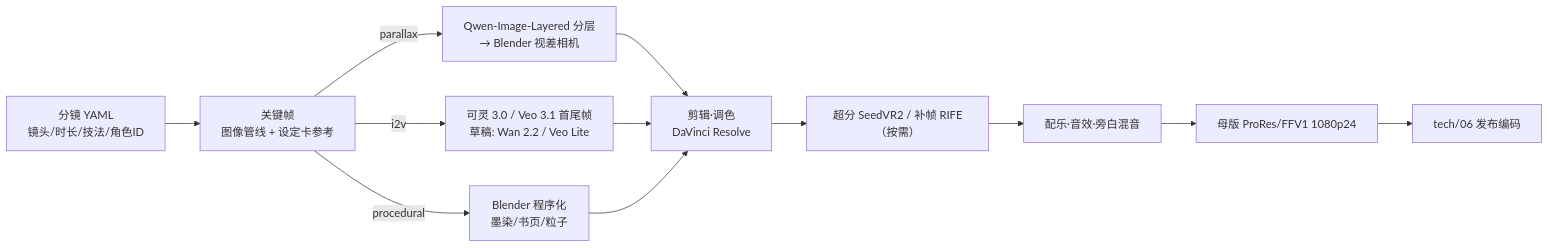
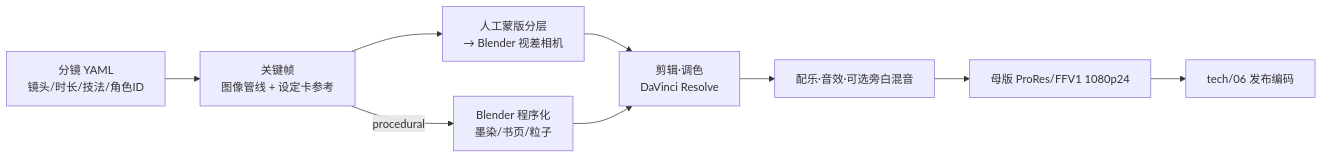
One commit to radarxc/jinyongqunxia changed the sixth of 8 diagrams in docs/tech/07-asset-generation.md. Above: the diagram before and after it, drawn with Mermaid. The commit also changed other lines of this file and 1 other file, not shown here.

````diff
--- a/docs/tech/07-asset-generation.md
+++ b/docs/tech/07-asset-generation.md
@@ -1092,12 +1143,10 @@
 ```mermaid
 flowchart LR
   SB[分镜 YAML<br/>镜头/时长/技法/角色ID] --> KF[关键帧<br/>图像管线 + 设定卡参考]
-  KF -->|parallax| PX[Qwen-Image-Layered 分层<br/>→ Blender 视差相机]
-  KF -->|i2v| IV[可灵 3.0 / Veo 3.1 首尾帧<br/>草稿: Wan 2.2 / Veo Lite]
+  KF --> PX[人工蒙版分层<br/>→ Blender 视差相机]
   KF -->|procedural| PR[Blender 程序化<br/>墨染/书页/粒子]
-  PX & IV & PR --> ED[剪辑·调色<br/>DaVinci Resolve]
-  ED --> UP[超分 SeedVR2 / 补帧 RIFE（按需）]
-  UP --> AU[配乐·音效·旁白混音]
+  PX & PR --> ED[剪辑·调色<br/>DaVinci Resolve]
+  ED --> AU[配乐·音效·可选旁白混音]
   AU --> MS[母版 ProRes/FFV1 1080p24]
   MS --> T6[tech/06 发布编码]
 ```
````
